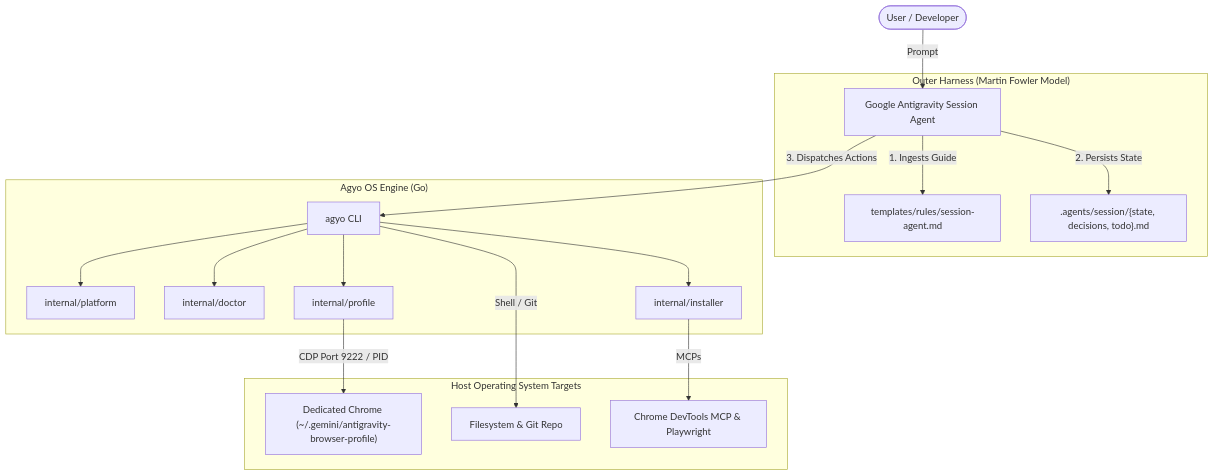
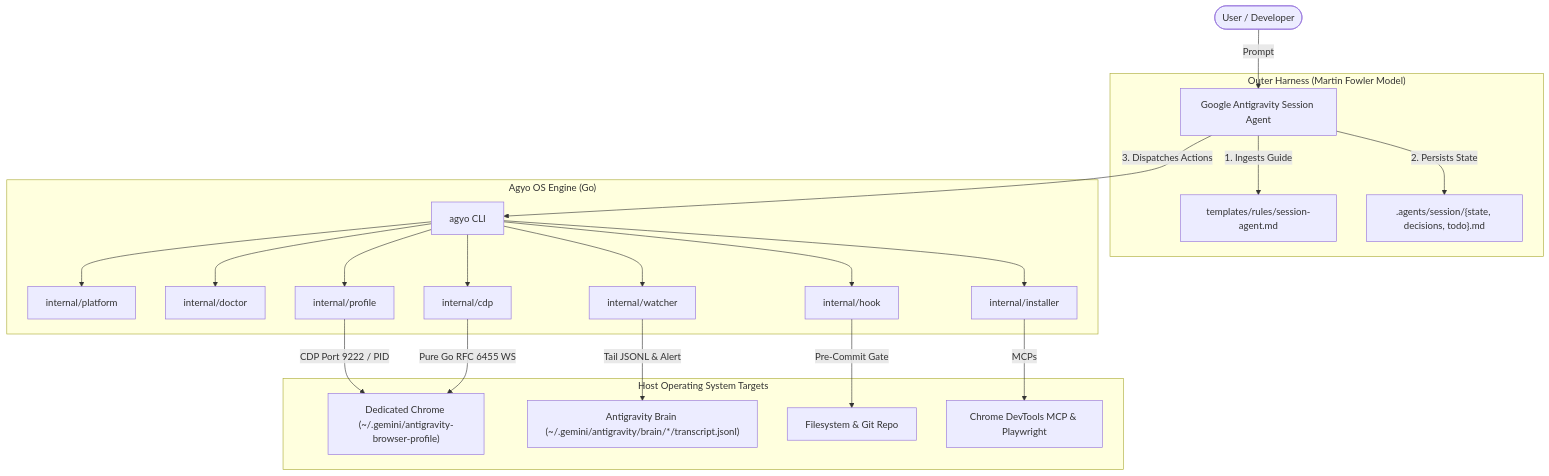
Before and after one commit to MrBeldum/antigravity-operator: the diagram in docs/ARCHITECTURE.md, drawn with Mermaid. The commit also changed other lines of this file and 5 other files, not shown here.

Commit message:
docs(all): synchronize READMEs, architecture, and cross-platform matrix with brain streaming and desktop notifications

````diff
--- a/docs/ARCHITECTURE.md
+++ b/docs/ARCHITECTURE.md
@@ -11,23 +11,28 @@
 ```mermaid
 graph TD
     User([User / Developer]) -->|Prompt| Agent[Google Antigravity Session Agent]
     
     subgraph Governance ["Outer Harness (Martin Fowler Model)"]
         Agent -->|1. Ingests Guide| Rules[templates/rules/session-agent.md]
         Agent -->|2. Persists State| Memory[".agents/session/{state, decisions, todo}.md"]
     end
 
     subgraph Runtime ["Agyo OS Engine (Go)"]
         Agent -->|3. Dispatches Actions| CLI[agyo CLI]
         CLI --> Platform[internal/platform]
         CLI --> Doctor[internal/doctor]
         CLI --> Profile[internal/profile]
         CLI --> Installer[internal/installer]
+        CLI --> CDP[internal/cdp]
+        CLI --> Hook[internal/hook]
+        CLI --> Watcher[internal/watcher]
     end
 
     subgraph OS_Targets ["Host Operating System Targets"]
         Profile -->|CDP Port 9222 / PID| IsolatedChrome["Dedicated Chrome (~/.gemini/antigravity-browser-profile)"]
-        CLI -->|Shell / Git| Filesystem["Filesystem & Git Repo"]
+        CDP -->|Pure Go RFC 6455 WS| IsolatedChrome
+        Watcher -->|Tail JSONL & Alert| Brain["Antigravity Brain (~/.gemini/antigravity/brain/*/transcript.jsonl)"]
+        Hook -->|Pre-Commit Gate| Filesystem["Filesystem & Git Repo"]
         Installer -->|MCPs| DevToolsMCP["Chrome DevTools MCP & Playwright"]
     end
 ```
````
